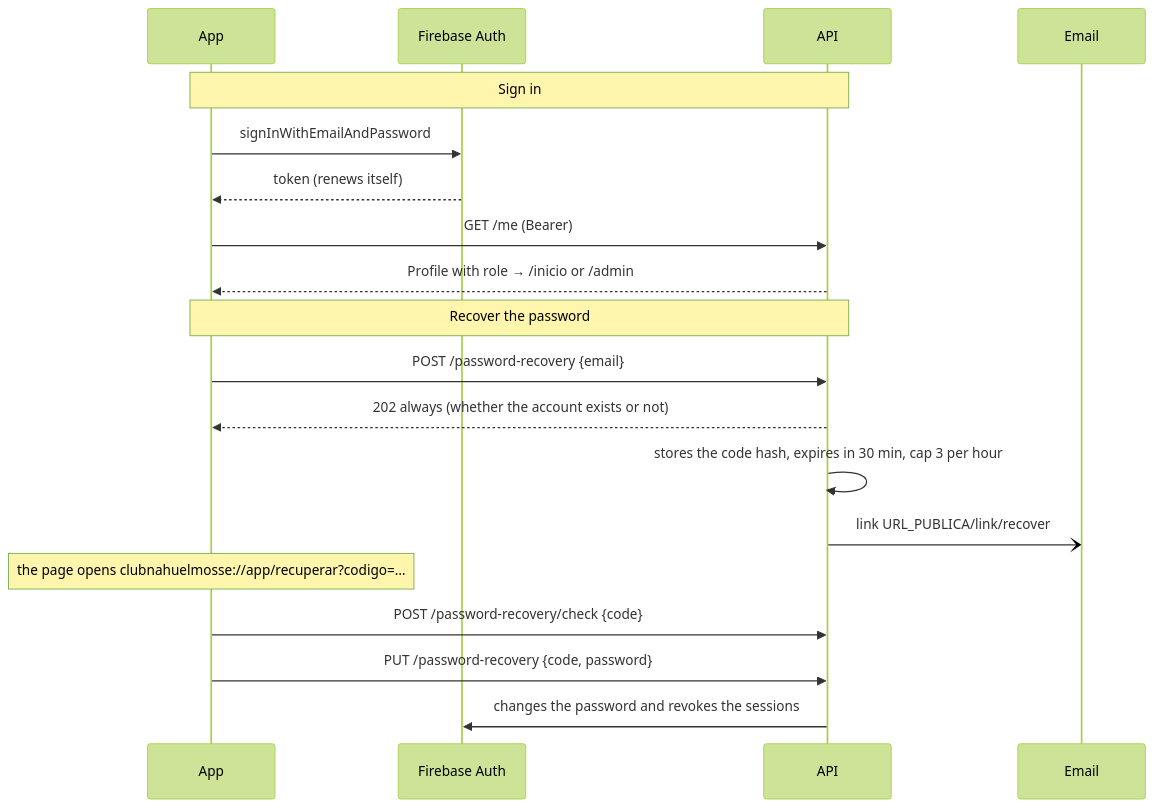
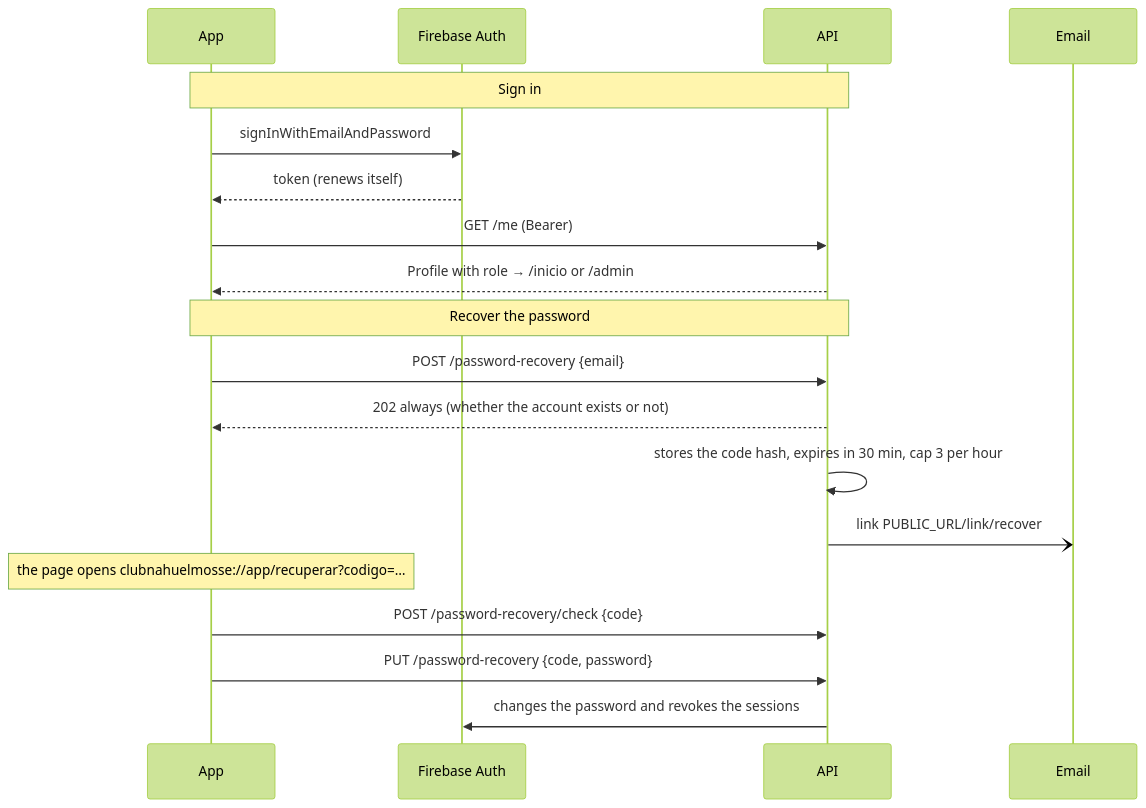
Before and after one commit to NahuelMosse/ClubNahuelMosse: the fifth of 7 diagrams in docs/technical/architecture.md, drawn with Mermaid (forest theme). The commit also changed other lines of this file and 75 other files, not shown here.

````diff
--- a/docs/technical/architecture.md
+++ b/docs/technical/architecture.md
@@ -176,20 +176,20 @@
 ```mermaid
 sequenceDiagram
   participant App
   participant FB as Firebase Auth
   participant API
   Note over App,API: Sign in
   App->>FB: signInWithEmailAndPassword
   FB-->>App: token (renews itself)
   App->>API: GET /me (Bearer)
   API-->>App: Profile with role → /inicio or /admin
   Note over App,API: Recover the password
   App->>API: POST /password-recovery {email}
   API-->>App: 202 always (whether the account exists or not)
   API->>API: stores the code hash, expires in 30 min, cap 3 per hour
-  API-)Email: link URL_PUBLICA/link/recover#code=…
+  API-)Email: link PUBLIC_URL/link/recover#code=…
   Note over App: the page opens clubnahuelmosse://app/recuperar?codigo=…
   App->>API: POST /password-recovery/check {code}
   App->>API: PUT /password-recovery {code, password}
   API->>FB: changes the password and revokes the sessions
 ```
````
